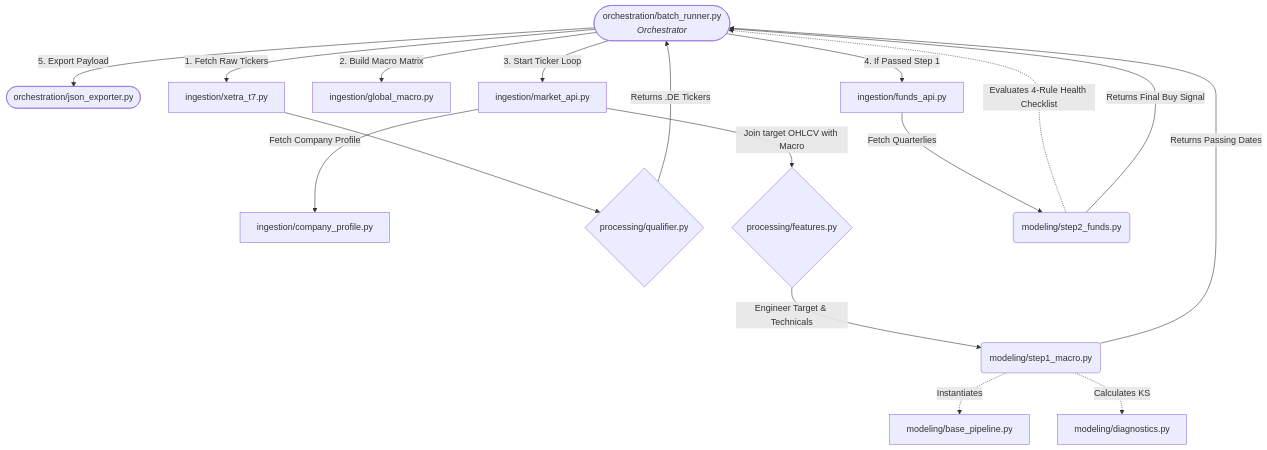
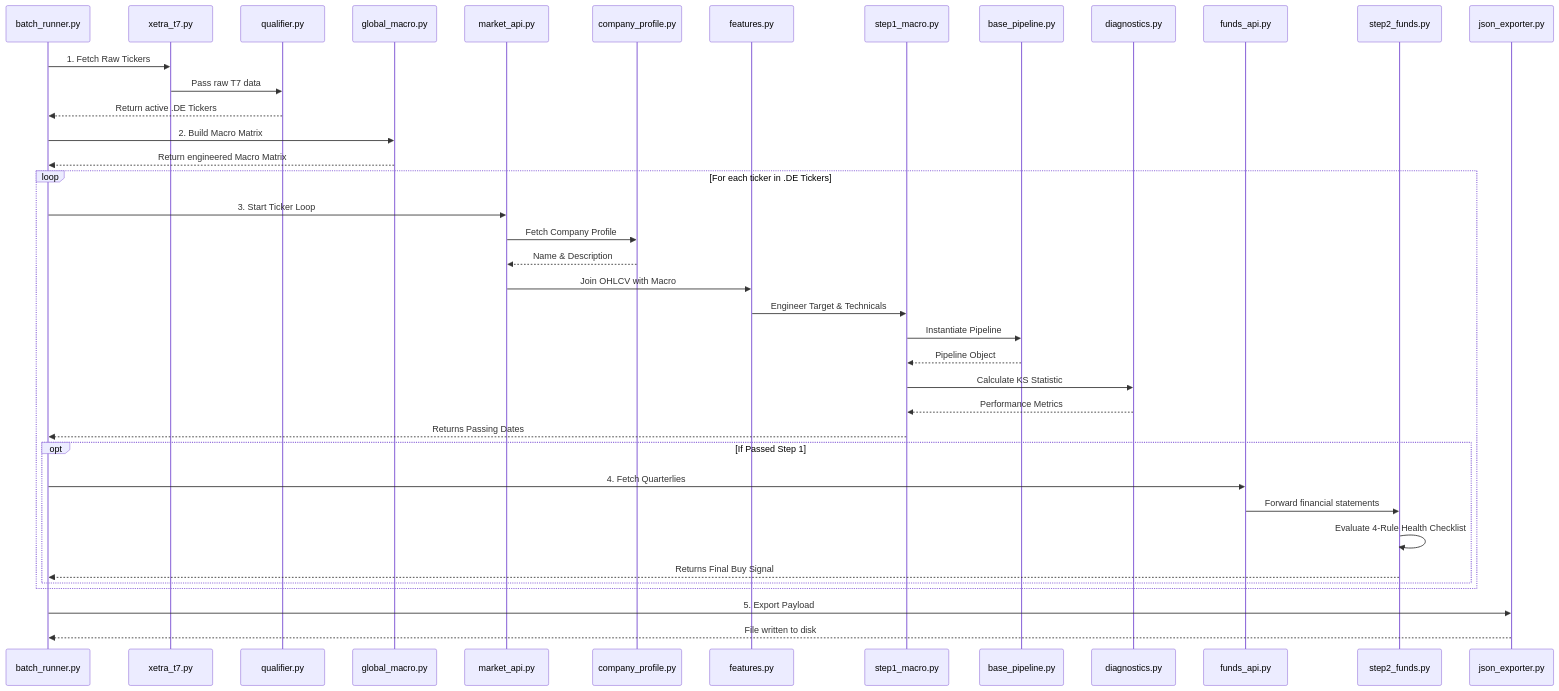
Before and after one commit to kleinnconrad/stock-predictor: the diagram in src/README.md, drawn with Mermaid. The commit also changed other lines of this file, not shown here.

Commit message:
chore: add runtime view diagram to src/readme

````diff
--- a/src/README.md
+++ b/src/README.md
@@ -14,47 +14,47 @@
 ```mermaid
-graph TD
-    %% Orchestration Layer
-    BR([orchestration/batch_runner.py<br/><i>Orchestrator</i>])
-    JE([orchestration/json_exporter.py])
+sequenceDiagram
+    participant BR as batch_runner.py
+    participant T7 as xetra_t7.py
+    participant QUAL as qualifier.py
+    participant GM as global_macro.py
+    participant MA as market_api.py
+    participant CP as company_profile.py
+    participant FEAT as features.py
+    participant S1 as step1_macro.py
+    participant BP as base_pipeline.py
+    participant DIAG as diagnostics.py
+    participant FA as funds_api.py
+    participant S2 as step2_funds.py
+    participant JE as json_exporter.py
 
-    %% Ingestion Layer
-    T7[ingestion/xetra_t7.py]
-    GM[ingestion/global_macro.py]
-    MA[ingestion/market_api.py]
-    FA[ingestion/funds_api.py]
-    CP[ingestion/company_profile.py]
+    BR->>T7: 1. Fetch Raw Tickers
+    T7->>QUAL: Pass raw T7 data
+    QUAL-->>BR: Return active .DE Tickers
+    
+    BR->>GM: 2. Build Macro Matrix
+    GM-->>BR: Return engineered Macro Matrix
 
-    %% Processing Layer
-    QUAL{processing/qualifier.py}
-    FEAT{processing/features.py}
+    loop For each ticker in .DE Tickers
+        BR->>MA: 3. Start Ticker Loop
+        MA->>CP: Fetch Company Profile
+        CP-->>MA: Name & Description
+        MA->>FEAT: Join OHLCV with Macro
+        FEAT->>S1: Engineer Target & Technicals
+        
+        S1->>BP: Instantiate Pipeline
+        BP-->>S1: Pipeline Object
+        S1->>DIAG: Calculate KS Statistic
+        DIAG-->>S1: Performance Metrics
+        S1-->>BR: Returns Passing Dates
 
-    %% Modeling Layer
-    BP[modeling/base_pipeline.py]
-    DIAG[modeling/diagnostics.py]
-    S1(modeling/step1_macro.py)
-    S2(modeling/step2_funds.py)
+        opt If Passed Step 1
+            BR->>FA: 4. Fetch Quarterlies
+            FA->>S2: Forward financial statements
+            S2->>S2: Evaluate 4-Rule Health Checklist
+            S2-->>BR: Returns Final Buy Signal
+        end
+    end
 
-    %% Flow Mapping
-    BR -->|1. Fetch Raw Tickers| T7
-    T7 --> QUAL
-    QUAL -->|Returns .DE Tickers| BR
-
-    BR -->|2. Build Macro Matrix| GM
-
-    BR -->|3. Start Ticker Loop| MA
-    MA -->|Fetch Company Profile| CP
-    MA -->|Join target OHLCV with Macro| FEAT
-    FEAT -->|Engineer Target & Technicals| S1
-    
-    S1 -.->|Instantiates| BP
-    S1 -.->|Calculates KS| DIAG
-    S1 -->|Returns Passing Dates| BR
-
-    BR -->|4. If Passed Step 1| FA
-    FA -->|Fetch Quarterlies| S2
-    
-    S2 -.->|Evaluates 4-Rule Health Checklist| BR
-    S2 -->|Returns Final Buy Signal| BR
-
-    BR -->|5. Export Payload| JE
+    BR->>JE: 5. Export Payload
+    JE-->>BR: File written to disk
 ```
````
